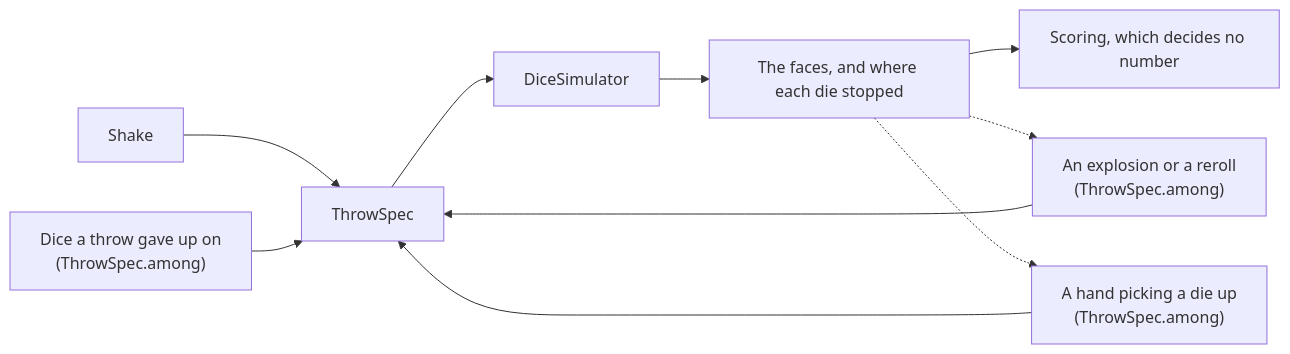
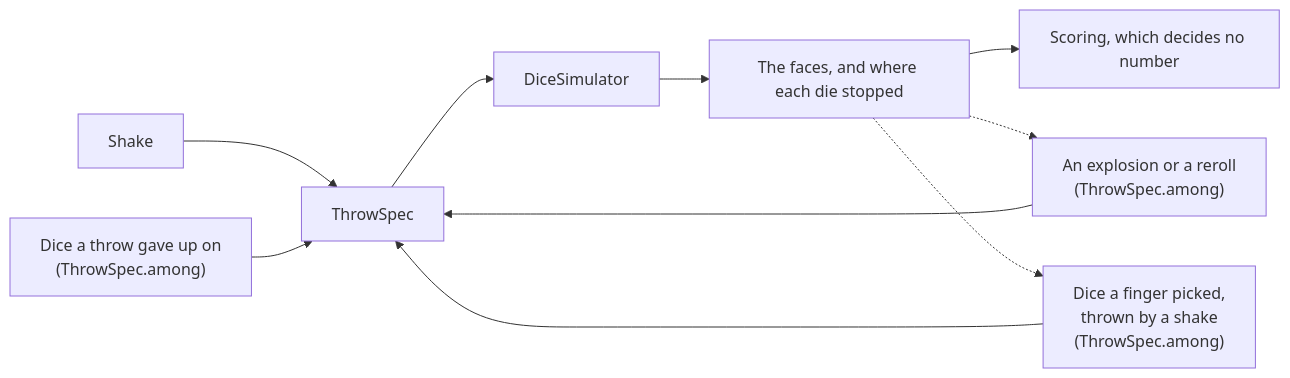
The diagram in docs/physics-and-rendering.md (drehtuer/dInfinityApp), drawn with Mermaid before and after one commit. The commit also changed other lines of this file and 3 other files, not shown here.

First line of the commit message:
Decide that a die picked up by hand is thrown by a shake

````diff
--- a/docs/physics-and-rendering.md
+++ b/docs/physics-and-rendering.md
@@ -328,12 +328,12 @@
 ```mermaid
 flowchart LR
   shake["Shake"] --> spec["ThrowSpec"]
   chain["An explosion or a reroll<br/>(ThrowSpec.among)"] --> spec
   stalled["Dice a throw gave up on<br/>(ThrowSpec.among)"] --> spec
-  hand["A hand picking a die up<br/>(ThrowSpec.among)"] --> spec
+  hand["Dice a finger picked,<br/>thrown by a shake<br/>(ThrowSpec.among)"] --> spec
   spec --> sim["DiceSimulator"]
   sim --> faces["The faces, and where each die stopped"]
   faces --> score["Scoring, which decides no number"]
   faces -.-> chain
   faces -.-> hand
 ```
````
